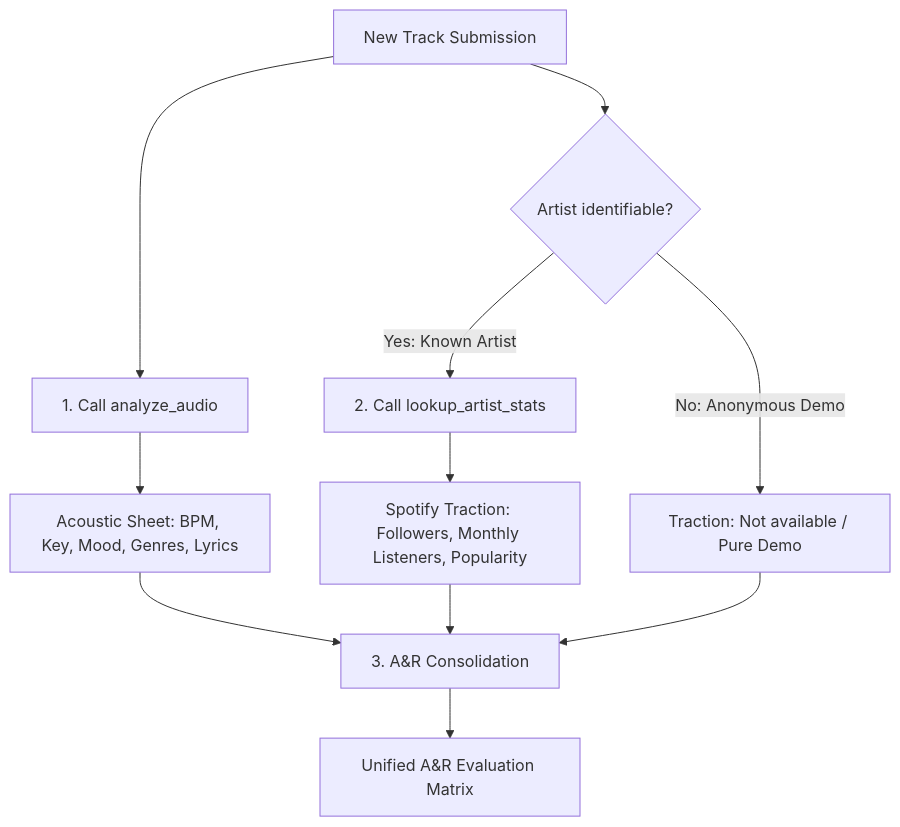
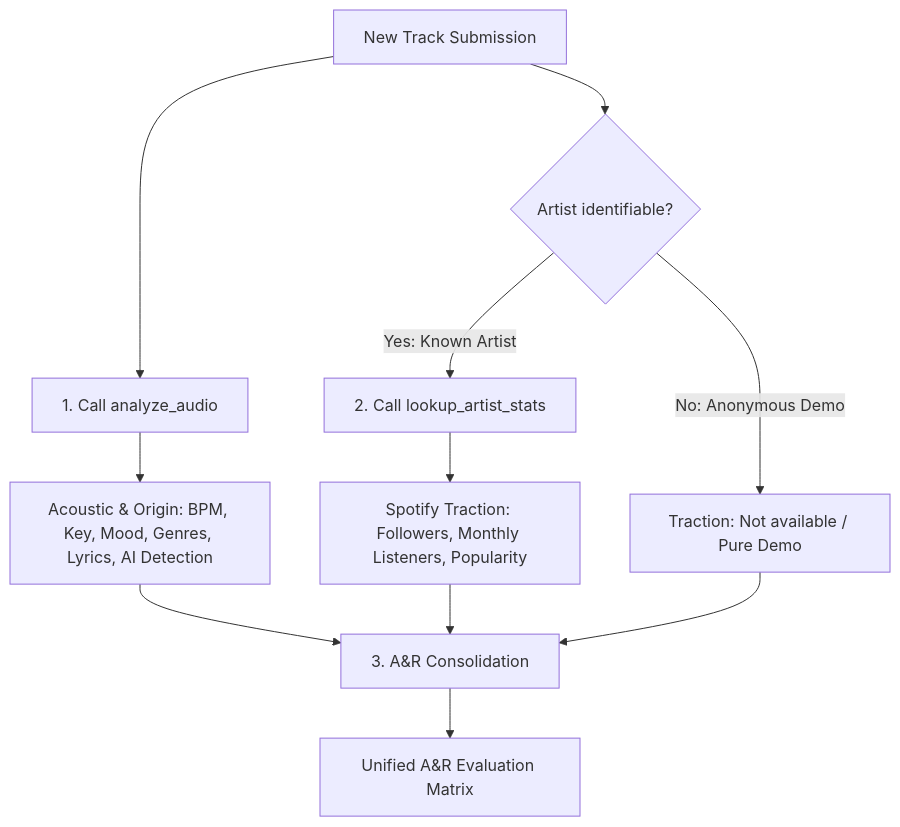
One commit to Lory97/tag-per-track-mcp changed the diagram in README.md. Above: the diagram before and after it, drawn with Mermaid. The commit also changed other lines of this file and 5 other files, not shown here.

````diff
--- a/README.md
+++ b/README.md
@@ -165,18 +177,18 @@
 ```mermaid
 graph TD
     Submission[New Track Submission] --> DetectArtist{Artist identifiable?}
     
     Submission --> Step1[1. Call analyze_audio]
-    Step1 --> AcousticData[Acoustic Sheet: BPM, Key, Mood, Genres, Lyrics]
+    Step1 --> AcousticData[Acoustic & Origin: BPM, Key, Mood, Genres, Lyrics, AI Detection]
     
     DetectArtist -->|Yes: Known Artist| Step2[2. Call lookup_artist_stats]
     DetectArtist -->|No: Anonymous Demo| Step2Skip[Traction: Not available / Pure Demo]
     
     Step2 --> TractionData[Spotify Traction: Followers, Monthly Listeners, Popularity]
     
     AcousticData --> Consolidate[3. A&R Consolidation]
     TractionData --> Consolidate
     Step2Skip --> Consolidate
     
     Consolidate --> Matrix[Unified A&R Evaluation Matrix]
 ```
````
